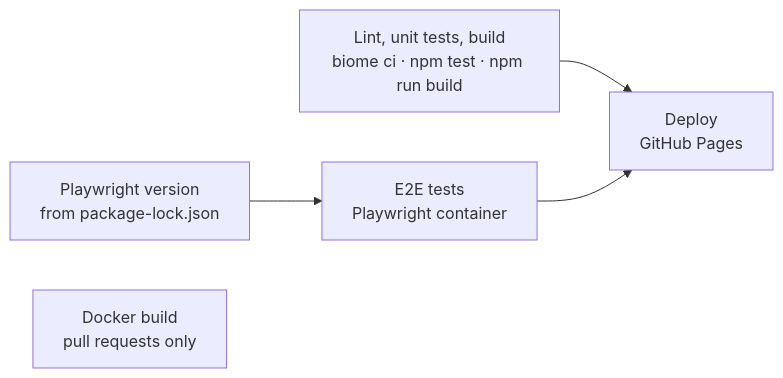
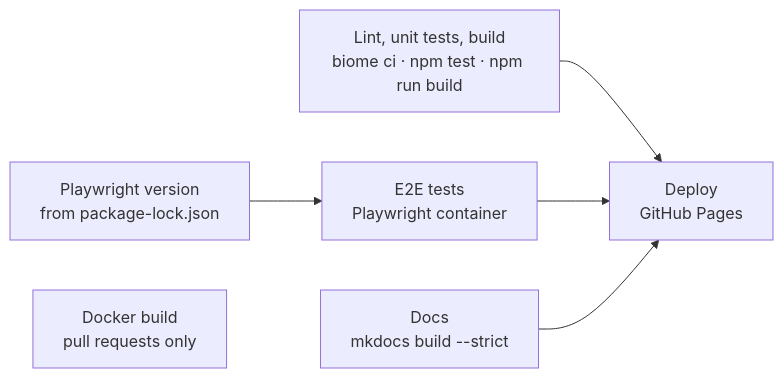
Before and after one commit to firsttris/reactive-volcano-app: the diagram in docs/testing.md, drawn with Mermaid. The commit also changed other lines of this file and 15 other files, not shown here.

````diff
--- a/docs/testing.md
+++ b/docs/testing.md
@@ -115,7 +115,8 @@
 ```mermaid
 flowchart LR
   C["Lint, unit tests, build<br/>biome ci · npm test · npm run build"] --> D["Deploy<br/>GitHub Pages"]
   V["Playwright version<br/>from package-lock.json"] --> E["E2E tests<br/>Playwright container"]
   E --> D
+  M["Docs<br/>mkdocs build --strict"] --> D
   K["Docker build<br/>pull requests only"]
 ```
````
